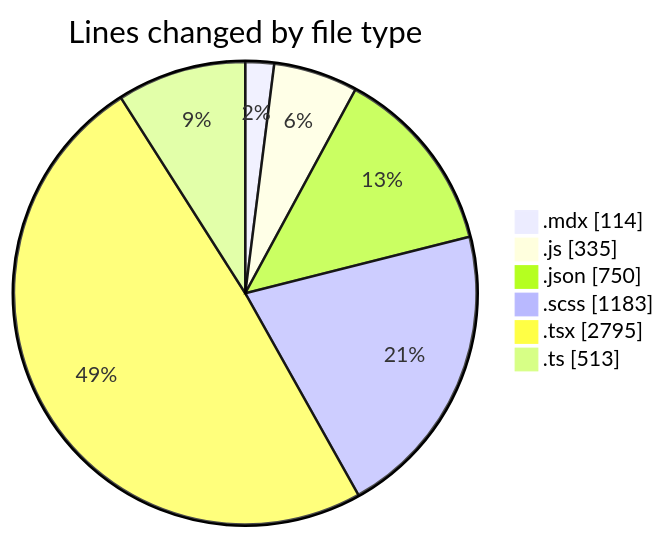
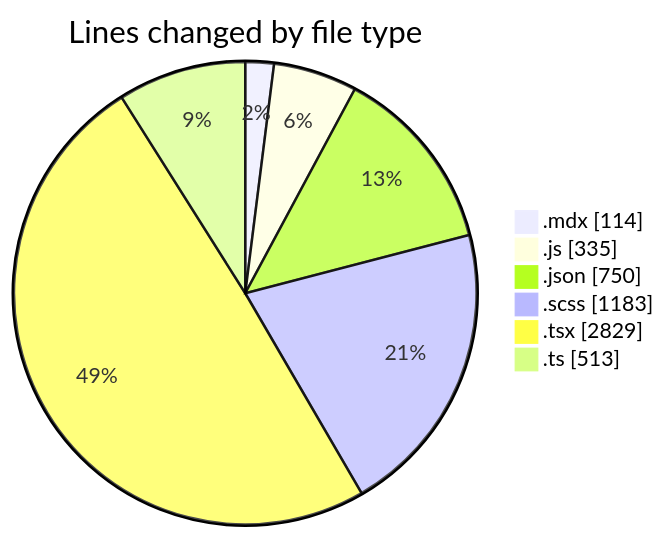
Before and after one commit to momahboobian/code-tracking: the first of 2 diagrams in 2026-08-13/cda/README.md, drawn with Mermaid. The commit also changed other lines of this file and 1 other file, not shown here.

````diff
--- a/2026-08-13/cda/README.md
+++ b/2026-08-13/cda/README.md
@@ -46,10 +46,10 @@
 ```mermaid
 pie showData
 title Lines changed by file type
 ".mdx" : 114
 ".js" : 335
 ".json" : 750
 ".scss" : 1183
-".tsx" : 2795
+".tsx" : 2829
 ".ts" : 513
 ```
````
